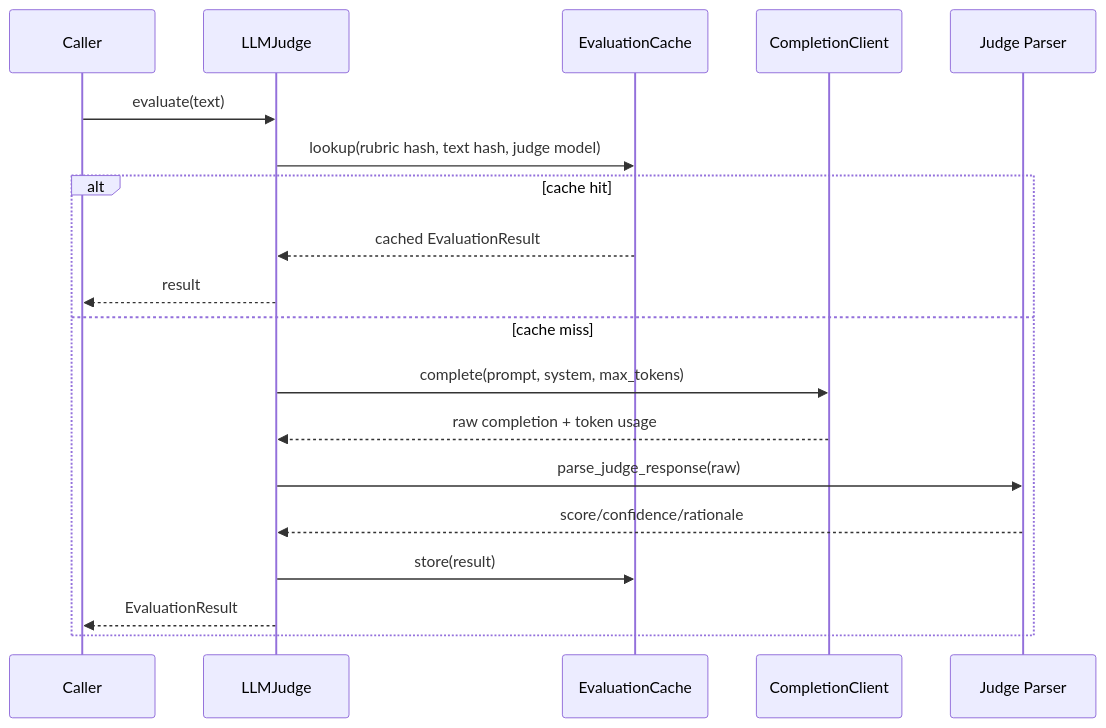
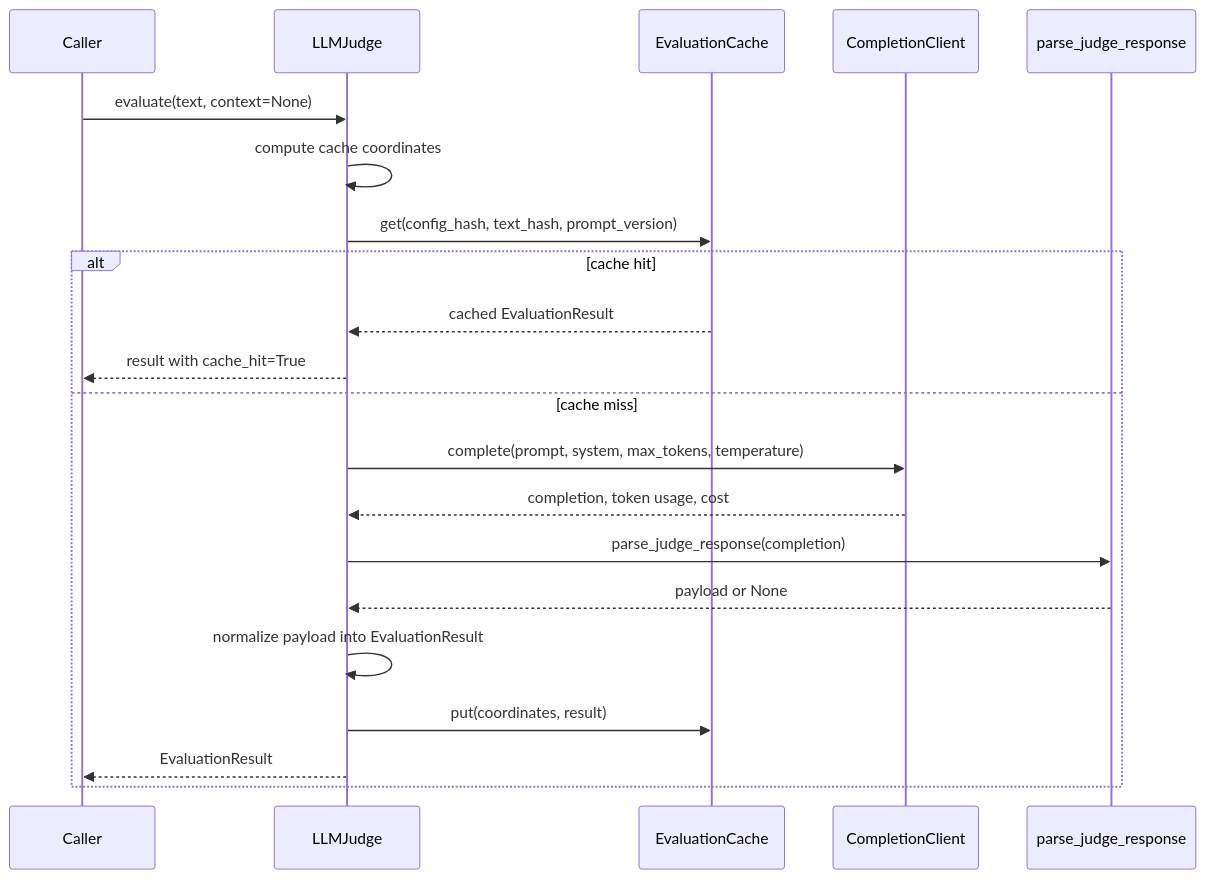
The first of 4 diagrams in ARCHITECTURE.md (prathibha-github/compass), drawn with Mermaid before and after one commit. The commit also changed other lines of this file, not shown here.

Commit message:
Correct judge and runner architecture flows

````diff
--- a/ARCHITECTURE.md
+++ b/ARCHITECTURE.md
@@ -39,22 +31,24 @@
 ```mermaid
 sequenceDiagram
     participant Caller
     participant Judge as LLMJudge
     participant Cache as EvaluationCache
     participant Client as CompletionClient
-    participant Parser as Judge Parser
+    participant Parser as parse_judge_response
 
-    Caller->>Judge: evaluate(text)
-    Judge->>Cache: lookup(rubric hash, text hash, judge model)
+    Caller->>Judge: evaluate(text, context=None)
+    Judge->>Judge: compute cache coordinates
+    Judge->>Cache: get(config_hash, text_hash, prompt_version)
     alt cache hit
         Cache-->>Judge: cached EvaluationResult
-        Judge-->>Caller: result
+        Judge-->>Caller: result with cache_hit=True
     else cache miss
-        Judge->>Client: complete(prompt, system, max_tokens)
-        Client-->>Judge: raw completion + token usage
-        Judge->>Parser: parse_judge_response(raw)
-        Parser-->>Judge: score/confidence/rationale
-        Judge->>Cache: store(result)
+        Judge->>Client: complete(prompt, system, max_tokens, temperature)
+        Client-->>Judge: completion, token usage, cost
+        Judge->>Parser: parse_judge_response(completion)
+        Parser-->>Judge: payload or None
+        Judge->>Judge: normalize payload into EvaluationResult
+        Judge->>Cache: put(coordinates, result)
         Judge-->>Caller: EvaluationResult
     end
 ```
````
